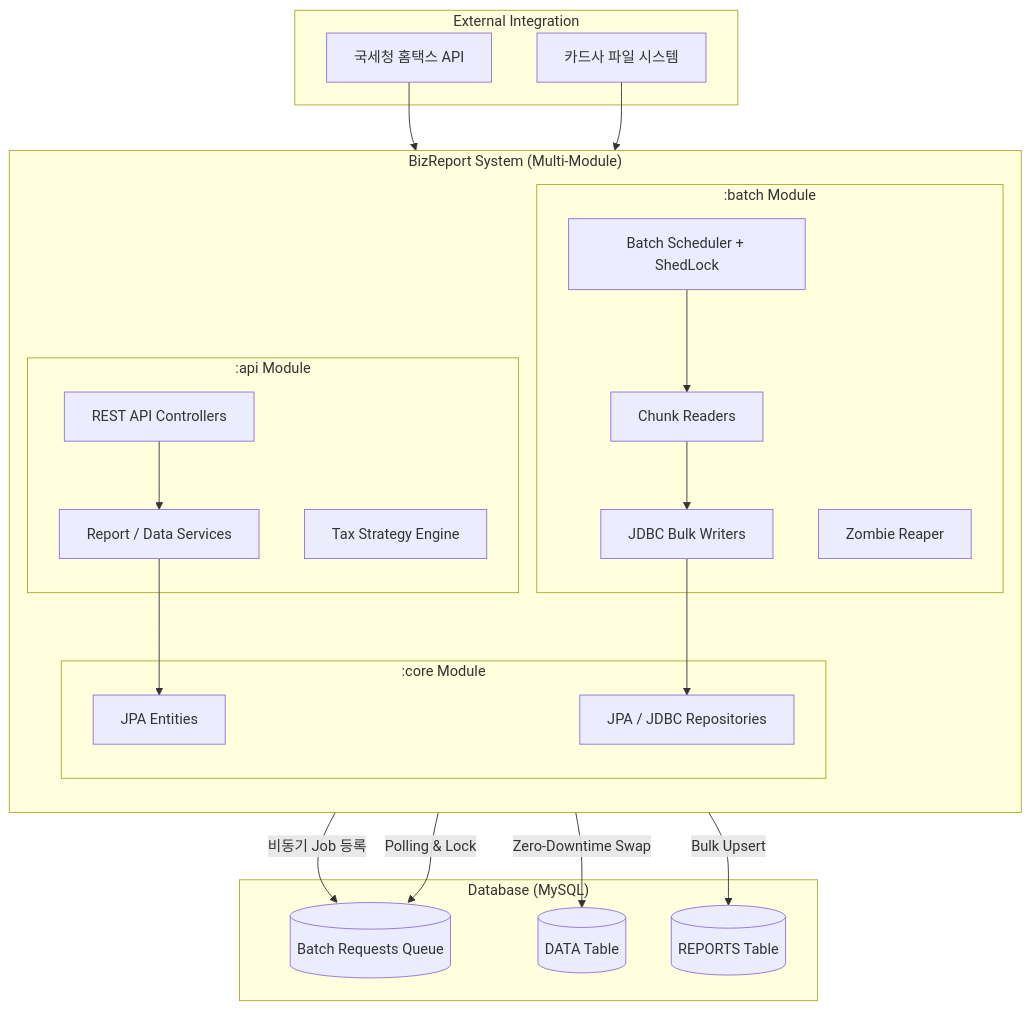
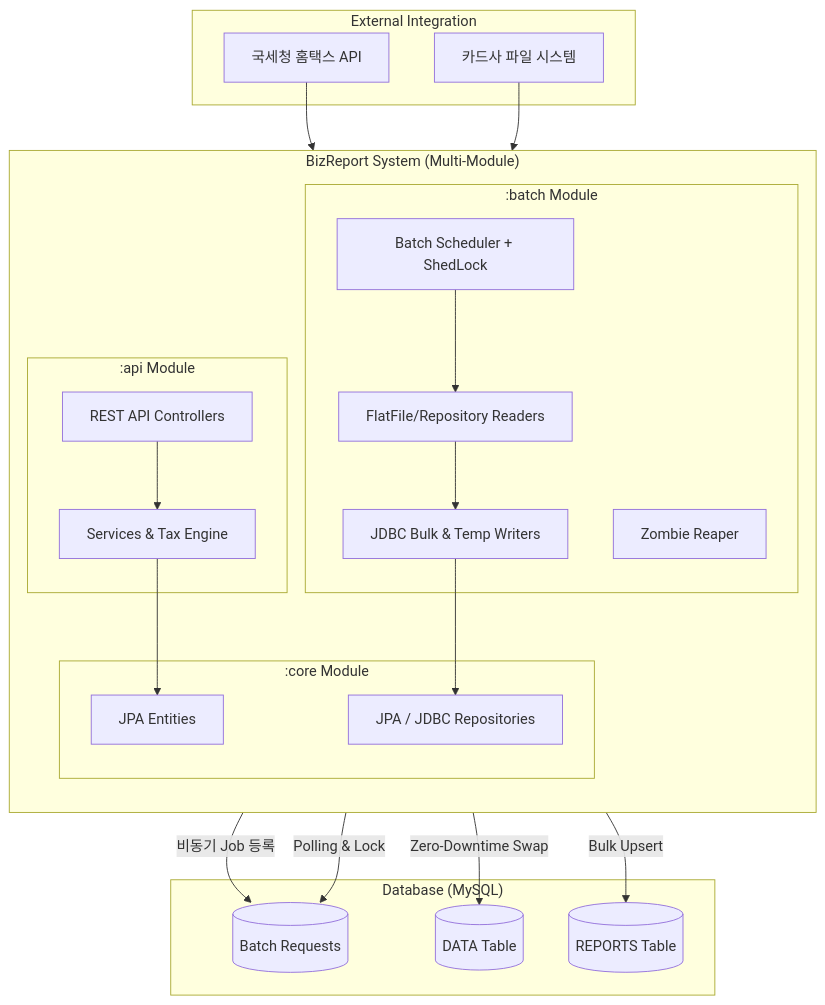
One commit to solkim7612/BizReport changed the second of 3 diagrams in README.md. Above: the diagram before and after it, drawn with Mermaid. The commit also changed other lines of this file, not shown here.

````diff
--- a/README.md
+++ b/README.md
@@ -39,48 +60,44 @@
 ```mermaid
 graph TD
     subgraph "External Integration"
         NTS[국세청 홈택스 API]
         CARD[카드사 파일 시스템]
     end
 
     subgraph "BizReport System (Multi-Module)"
         direction TB
-        
         subgraph ":api Module"
             Controller[REST API Controllers]
-            ApiService[Report / Data Services]
-            TaxEngine[Tax Strategy Engine]
+            ApiService[Services & Tax Engine]
         end
-        
         subgraph ":batch Module"
             Scheduler[Batch Scheduler + ShedLock]
             Reaper[Zombie Reaper]
-            ItemReader[Chunk Readers]
-            ItemWriter[JDBC Bulk Writers]
+            ItemReader[FlatFile/Repository Readers]
+            ItemWriter[JDBC Bulk & Temp Writers]
         end
-        
         subgraph ":core Module"
             Entities[JPA Entities]
             Repos[JPA / JDBC Repositories]
         end
         
         Controller --> ApiService
         ApiService --> Entities
         Scheduler --> ItemReader
         ItemReader --> ItemWriter
         ItemWriter --> Repos
     end
 
     subgraph "Database (MySQL)"
-        Queue[(Batch Requests Queue)]
+        Queue[(Batch Requests)]
         DATA[(DATA Table)]
         REPORT[(REPORTS Table)]
     end
 
     Controller -- "비동기 Job 등록" --> Queue
     Scheduler -- "Polling & Lock" --> Queue
     NTS --> Scheduler
     CARD --> Controller
     ItemWriter -- "Bulk Upsert" --> REPORT
     ItemWriter -- "Zero-Downtime Swap" --> DATA
 ```
````
